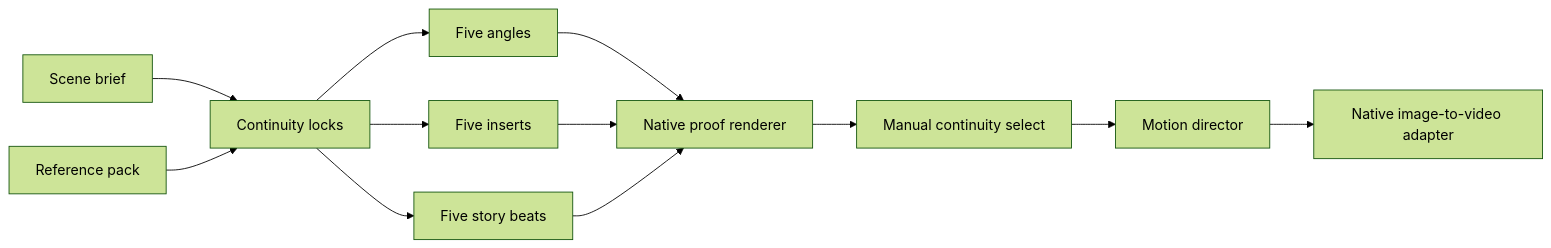
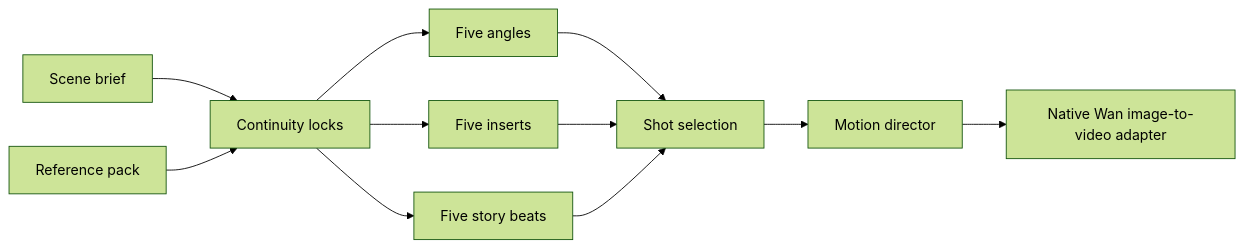
One commit to thebalddudeco/CineForge changed the diagram in docs/ARCHITECTURE.md. Above: the diagram before and after it, drawn with Mermaid (forest theme). The commit also changed other lines of this file and 75 other files, not shown here.

````diff
--- a/docs/ARCHITECTURE.md
+++ b/docs/ARCHITECTURE.md
@@ -5,14 +5,13 @@
 ```mermaid
 flowchart LR
     A[Scene brief] --> B[Continuity locks]
     R[Reference pack] --> B
     B --> C[Five angles]
     B --> D[Five inserts]
     B --> E[Five story beats]
-    C --> F[Native proof renderer]
-    D --> F
-    E --> F
-    F --> G[Manual continuity select]
+    C --> G[Shot selection]
+    D --> G
+    E --> G
     G --> H[Motion director]
-    H --> I[Native image-to-video adapter]
+    H --> I[Native Wan image-to-video adapter]
 ```
````
